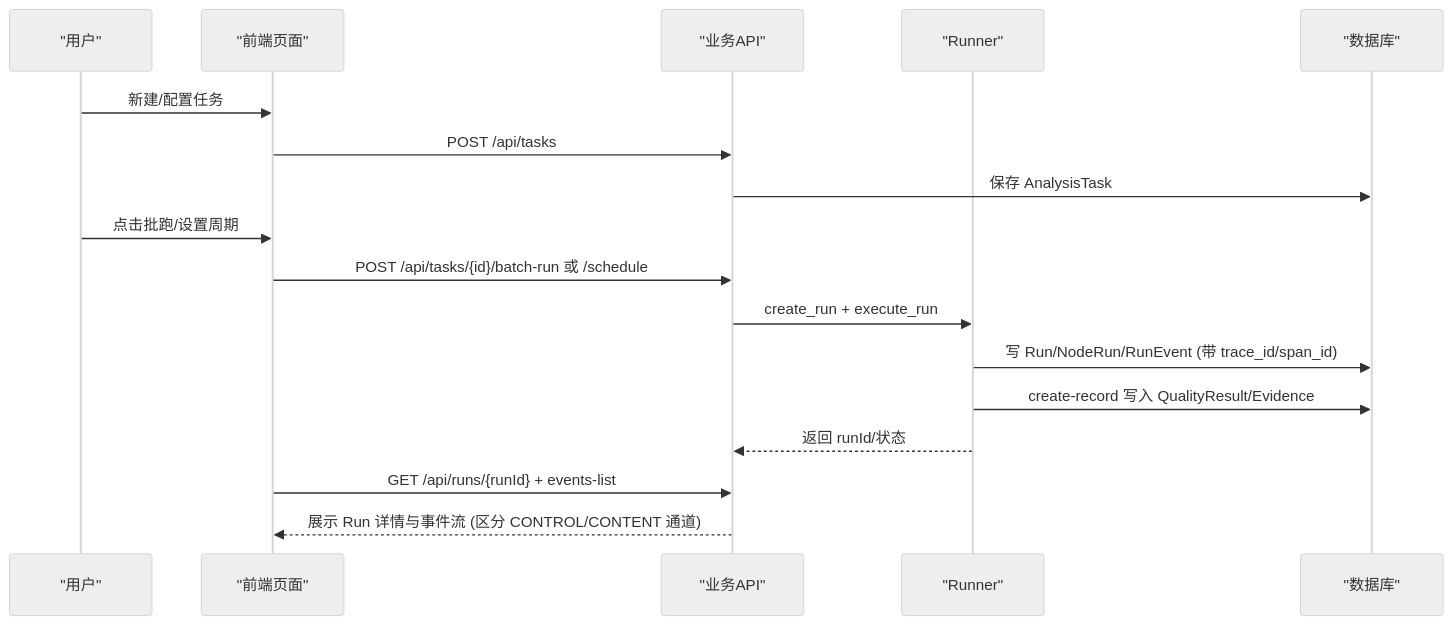
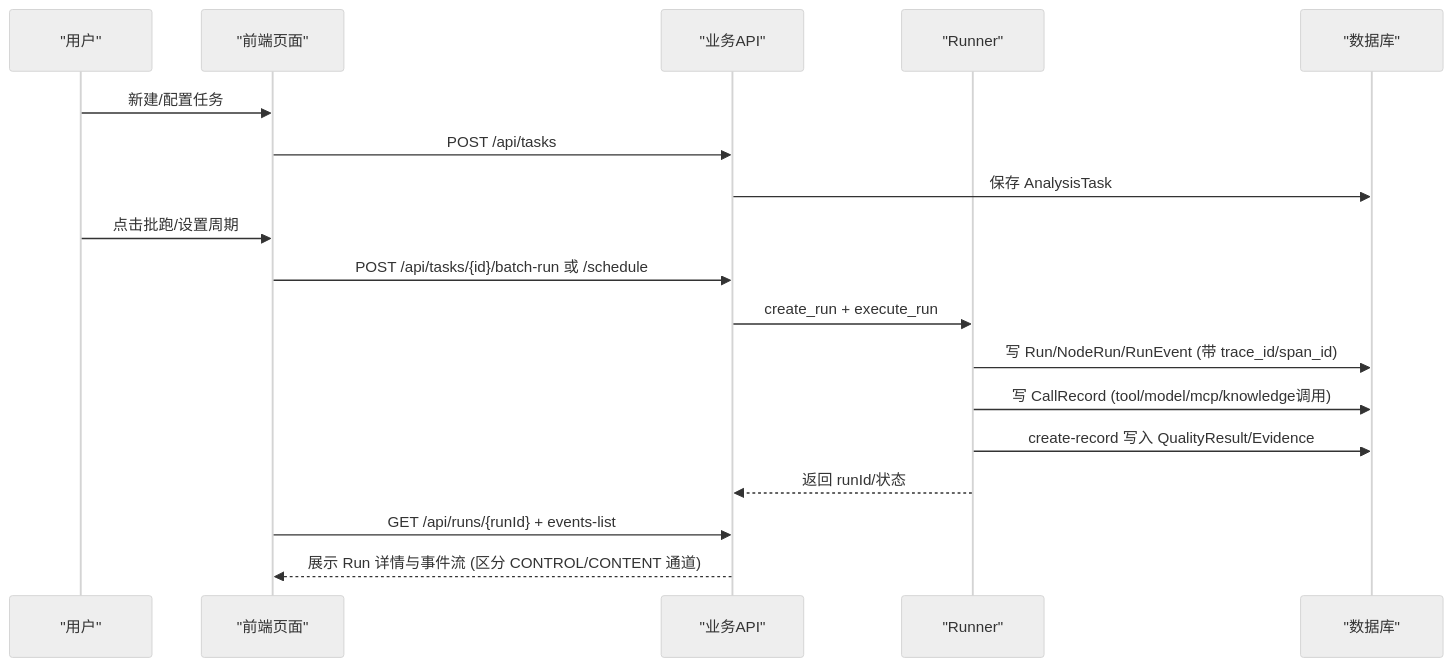
One commit to huiliuxu780/MoreThanCorn changed the first of 4 diagrams in .qoder/repowiki/zh/content/任务与执行域.md. Above: the diagram before and after it, drawn with Mermaid (neutral theme). The commit also changed other lines of this file and 8 other files, not shown here.

````diff
--- a/.qoder/repowiki/zh/content/任务与执行域.md
+++ b/.qoder/repowiki/zh/content/任务与执行域.md
@@ -44,19 +46,20 @@
 ```mermaid
 sequenceDiagram
 participant U as "用户"
 participant FE as "前端页面"
 participant API as "业务API"
 participant RUN as "Runner"
 participant DB as "数据库"
 U->>FE : 新建/配置任务
 FE->>API : POST /api/tasks
 API->>DB : 保存 AnalysisTask
 U->>FE : 点击批跑/设置周期
 FE->>API : POST /api/tasks/{id}/batch-run 或 /schedule
 API->>RUN : create_run + execute_run
 RUN->>DB : 写 Run/NodeRun/RunEvent (带 trace_id/span_id)
+RUN->>DB : 写 CallRecord (tool/model/mcp/knowledge调用)
 RUN->>DB : create-record 写入 QualityResult/Evidence
 RUN-->>API : 返回 runId/状态
 FE->>API : GET /api/runs/{runId} + events-list
 API-->>FE : 展示 Run 详情与事件流 (区分 CONTROL/CONTENT 通道)
 ```
````
